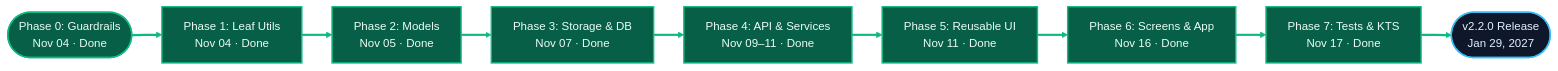
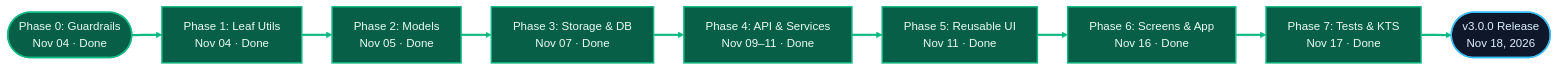
One commit to solomonrajan/cashledger changed the second of 2 diagrams in KOTLIN_MIGRATION.mdx. Above: the diagram before and after it, drawn with Mermaid. The commit also changed other lines of this file and 10 other files, not shown here.

````diff
--- a/KOTLIN_MIGRATION.mdx
+++ b/KOTLIN_MIGRATION.mdx
@@ -102,22 +102,22 @@
 ```mermaid
 %%{init: {"flowchart": {"curve": "basis", "nodeSpacing": 28, "rankSpacing": 42}}}%%
 flowchart LR
     classDef done fill:#065F46,stroke:#10B981,stroke-width:2px,color:#ECFDF5
     classDef next fill:#78350F,stroke:#F59E0B,stroke-width:2px,color:#FFFBEB
     classDef future fill:#1E293B,stroke:#64748B,stroke-width:1.5px,color:#E2E8F0
     classDef target fill:#0F172A,stroke:#38BDF8,stroke-width:2px,color:#E0F2FE
 
     P0(["Phase 0: Guardrails<br/>Nov 04 · Done"]):::done
     P1["Phase 1: Leaf Utils<br/>Nov 04 · Done"]:::done
     P2["Phase 2: Models<br/>Nov 05 · Done"]:::done
     P3["Phase 3: Storage & DB<br/>Nov 07 · Done"]:::done
     P4["Phase 4: API & Services<br/>Nov 09–11 · Done"]:::done
     P5["Phase 5: Reusable UI<br/>Nov 11 · Done"]:::done
     P6["Phase 6: Screens & App<br/>Nov 16 · Done"]:::done
     P7["Phase 7: Tests & KTS<br/>Nov 17 · Done"]:::done
-    REL(["v2.2.0 Release<br/>Jan 29, 2027"]):::target
+    REL(["v3.0.0 Release<br/>Nov 18, 2026"]):::target
 
     P0 ==> P1 ==> P2 ==> P3 ==> P4 ==> P5 ==> P6 ==> P7 ==> REL
 
     linkStyle 0,1,2,3,4,5,6,7 stroke:#10B981,stroke-width:3px
 ```
````
